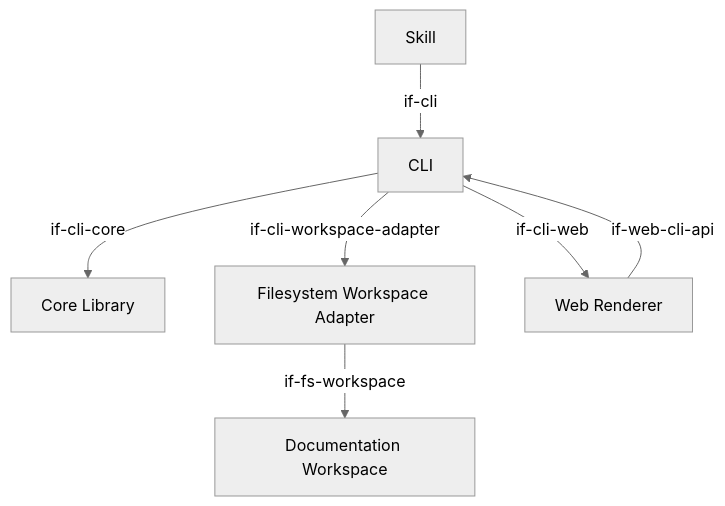
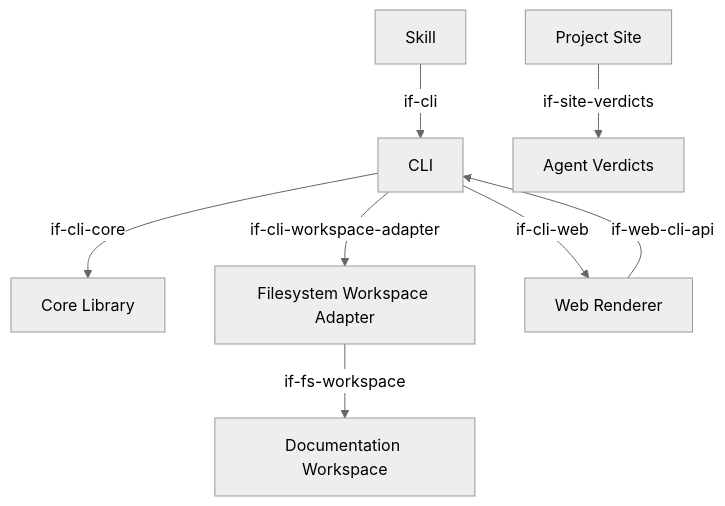
Before and after one commit to docToolchain/arc42-language: the first of 2 diagrams in docs/arc42/05-building-blocks.arc42.md, drawn with Mermaid (neutral theme). The commit also changed other lines of this file and 3 other files, not shown here.

````diff
--- a/docs/arc42/05-building-blocks.arc42.md
+++ b/docs/arc42/05-building-blocks.arc42.md
@@ -16,16 +16,19 @@
 ```mermaid
 graph TD
     bb-cli["CLI"]
     bb-core["Core Library"]
     bb-workspace-fs["Filesystem Workspace Adapter"]
     bb-skill["Skill"]
     bb-web-renderer["Web Renderer"]
     bb-workspace["Documentation Workspace"]
+    bb-site["Project Site"]
+    bb-verdicts["Agent Verdicts"]
 
     bb-cli -->|"if-cli-core"| bb-core
     bb-cli -->|"if-cli-workspace-adapter"| bb-workspace-fs
     bb-workspace-fs -->|"if-fs-workspace"| bb-workspace
     bb-cli -->|"if-cli-web"| bb-web-renderer
     bb-web-renderer -->|"if-web-cli-api"| bb-cli
     bb-skill -->|"if-cli"| bb-cli
+    bb-site -->|"if-site-verdicts"| bb-verdicts
 ```
````
